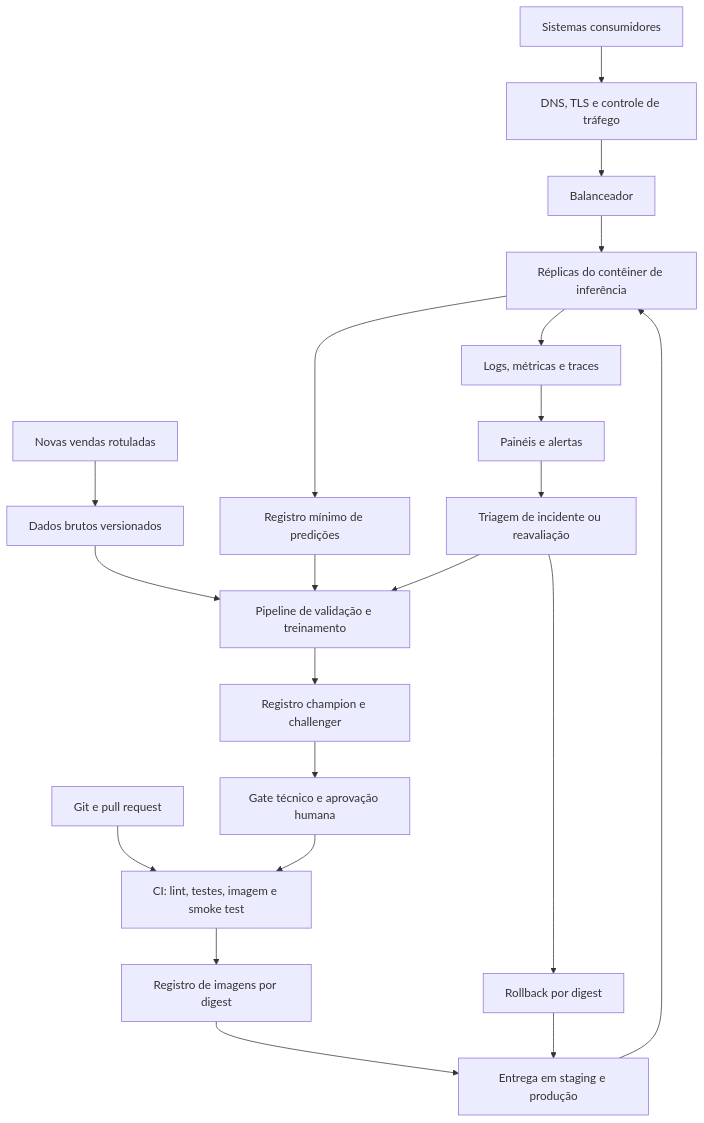
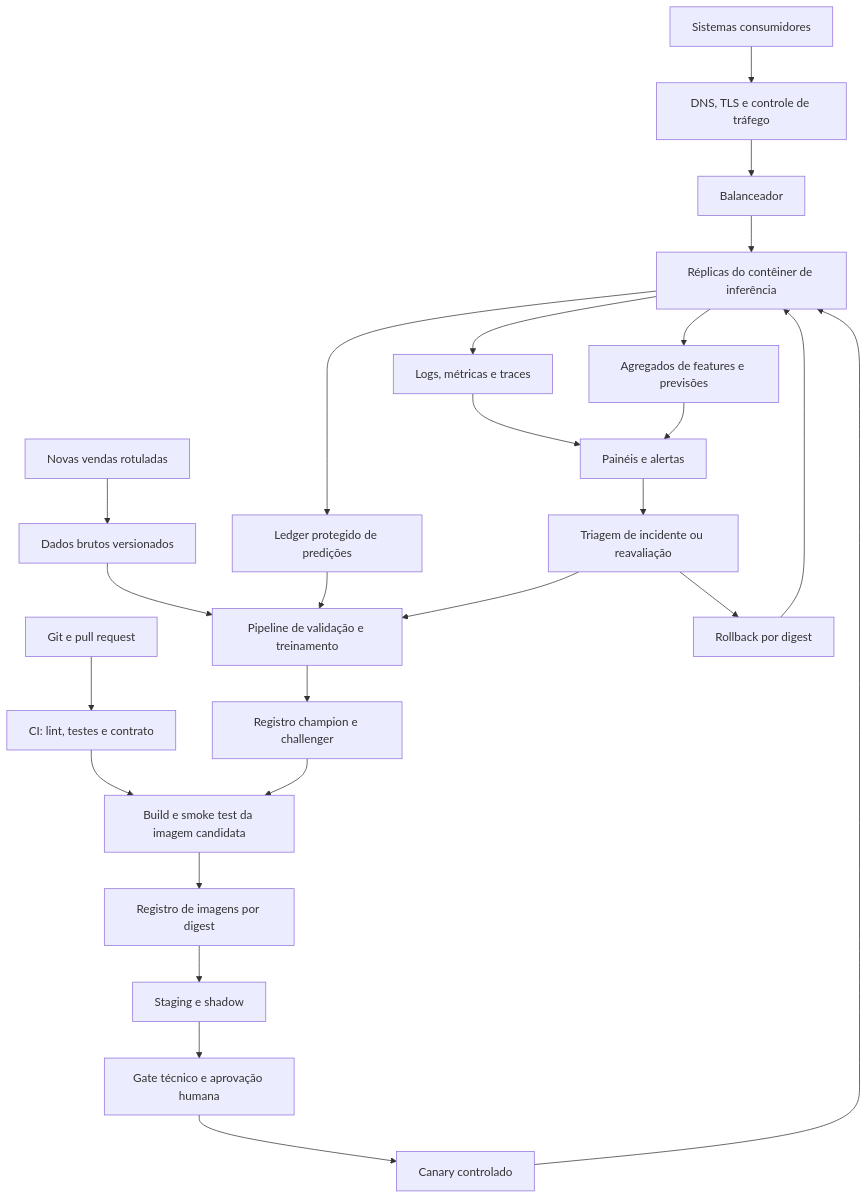
The second of 2 diagrams in diagrams/production_architecture.md (Umbura/property-value-insights), drawn with Mermaid before and after one commit. The commit also changed other lines of this file and 2 other files, not shown here.

Commit message:
docs(mlops): align promotion and drift data flows

````diff
--- a/diagrams/production_architecture.md
+++ b/diagrams/production_architecture.md
@@ -32,26 +32,30 @@
 ```mermaid
 flowchart TB
     Users["Sistemas consumidores"] --> Edge["DNS, TLS e controle de tráfego"]
     Edge --> LoadBalancer["Balanceador"]
     LoadBalancer --> Serving["Réplicas do contêiner de inferência"]
 
-    Source["Git e pull request"] --> CI["CI: lint, testes, imagem e smoke test"]
-    CI --> ImageRegistry["Registro de imagens por digest"]
-    ImageRegistry --> Deployment["Entrega em staging e produção"]
-    Deployment --> Serving
+    Source["Git e pull request"] --> CI["CI: lint, testes e contrato"]
+    CI --> Build["Build e smoke test da imagem candidata"]
+    ModelRegistry --> Build
+    Build --> ImageRegistry["Registro de imagens por digest"]
+    ImageRegistry --> Staging["Staging e shadow"]
+    Staging --> Approval["Gate técnico e aprovação humana"]
+    Approval --> Canary["Canary controlado"]
+    Canary --> Serving
 
     Serving --> Telemetry["Logs, métricas e traces"]
     Telemetry --> Monitoring["Painéis e alertas"]
-    Serving --> Ledger["Registro mínimo de predições"]
+    Serving --> DriftSignals["Agregados de features e previsões"]
+    DriftSignals --> Monitoring
+    Serving --> Ledger["Ledger protegido de predições"]
 
     NewLabels["Novas vendas rotuladas"] --> DataStore["Dados brutos versionados"]
     DataStore --> Training["Pipeline de validação e treinamento"]
     Ledger --> Training
     Training --> ModelRegistry["Registro champion e challenger"]
-    ModelRegistry --> Approval["Gate técnico e aprovação humana"]
-    Approval --> CI
     Monitoring --> Triage["Triagem de incidente ou reavaliação"]
     Triage --> Training
     Triage --> Rollback["Rollback por digest"]
-    Rollback --> Deployment
+    Rollback --> Serving
 ```
````
